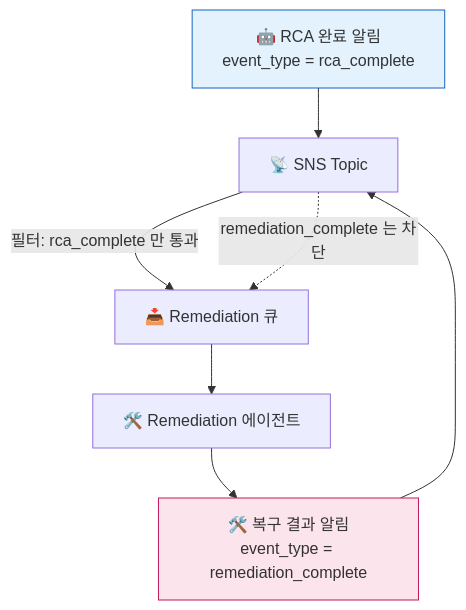
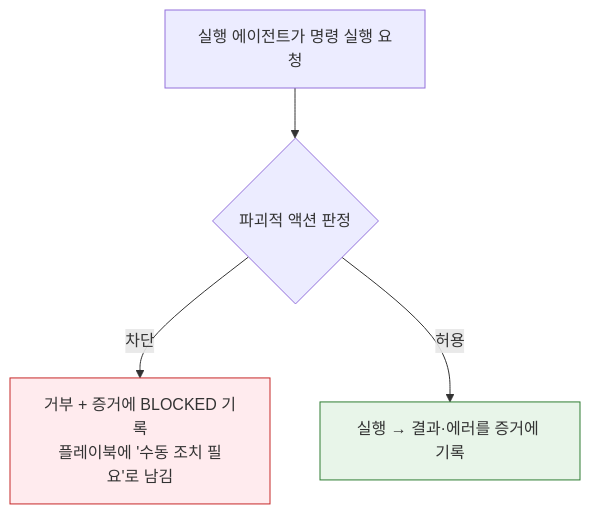
One commit to haandol/rca-agent changed the fifth of 6 diagrams in docs/rca-to-remediation-flow.md. Above: the diagram before and after it, drawn with Mermaid. The commit also changed other lines of this file, not shown here.

First line of the commit message:
docs: record the RCA-to-remediation flow as it is and as it should be

````diff
--- a/docs/rca-to-remediation-flow.md
+++ b/docs/rca-to-remediation-flow.md
@@ -313,14 +220,9 @@
 ```mermaid
 flowchart TB
-    RCA["🤖 RCA 완료 알림<br/>event_type = rca_complete"] --> SNS["📡 SNS Topic"]
-    REM["🛠️ 복구 결과 알림<br/>event_type = remediation_complete"] --> SNS
+    C["실행 에이전트가 명령 실행 요청"] --> G{"파괴적 액션 판정"}
+    G -->|"차단"| D["거부 + 증거에 BLOCKED 기록<br/>플레이북에 '수동 조치 필요'로 남김"]
+    G -->|"허용"| A["실행 → 결과·에러를 증거에 기록"]
 
-    SNS -->|"필터: rca_complete 만 통과"| SQS["📥 Remediation 큐"]
-    SNS -.->|"remediation_complete 는 차단"| SQS
-
-    SQS --> AGENT["🛠️ Remediation 에이전트"]
-    AGENT --> REM
-
-    style RCA fill:#e3f2fd,stroke:#1565c0
-    style REM fill:#fce4ec,stroke:#c2185b
+    style D fill:#ffebee,stroke:#c62828
+    style A fill:#e8f5e9,stroke:#2e7d32
 ```
````
